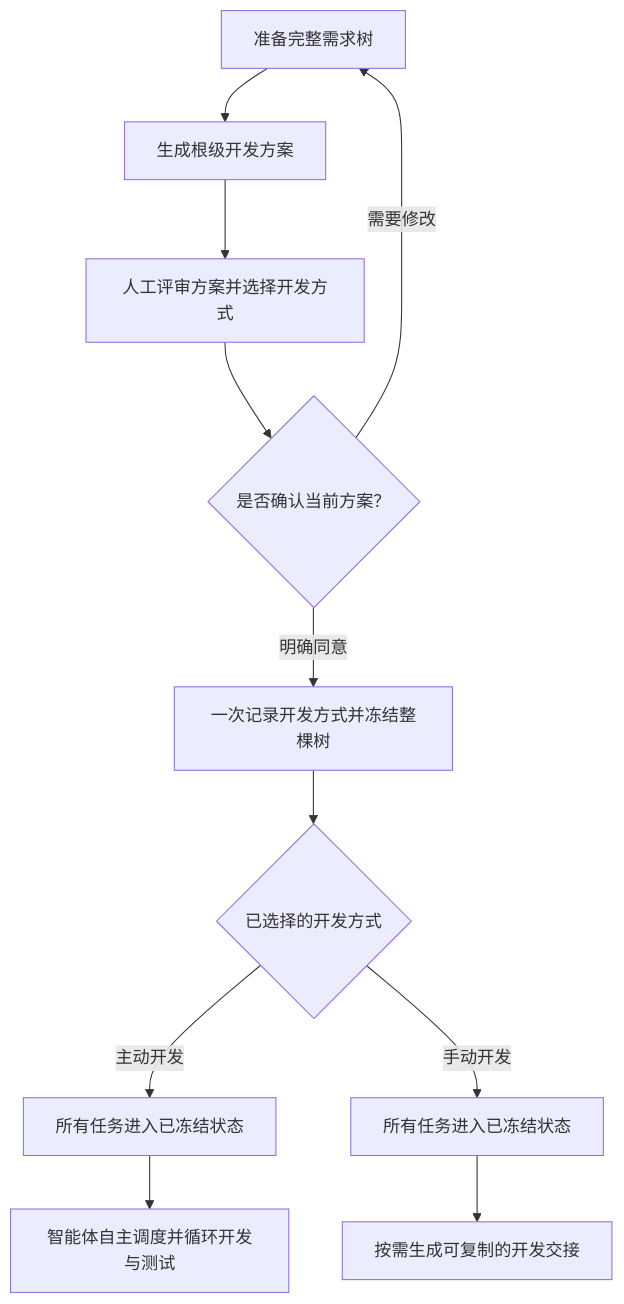
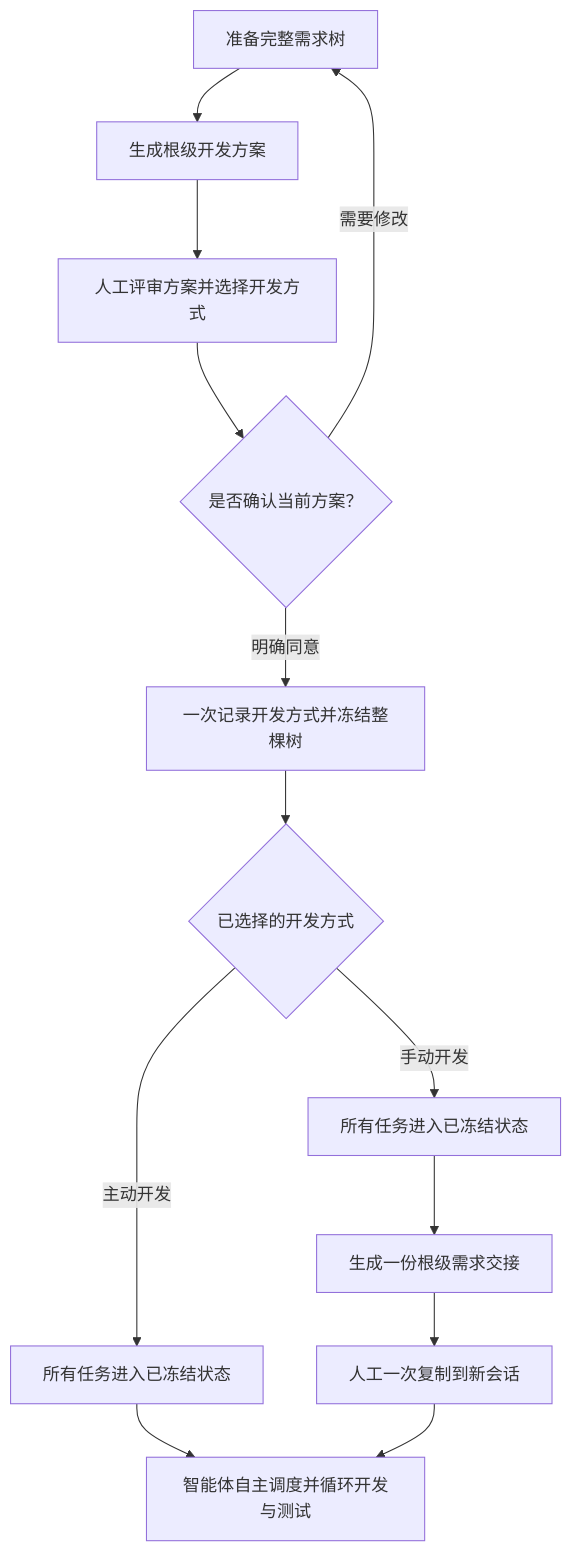
One commit to feng123321li/gated-ai-dev-loop changed the second of 4 diagrams in skills/hierarchical-delivery-governance/references/workflow.md. Above: the diagram before and after it, drawn with Mermaid. The commit also changed other lines of this file and 13 other files, not shown here.

````diff
--- a/skills/hierarchical-delivery-governance/references/workflow.md
+++ b/skills/hierarchical-delivery-governance/references/workflow.md
@@ -58,13 +59,15 @@
 ```mermaid
 flowchart TD
     A["准备完整需求树"] --> B["生成根级开发方案"]
     B --> C["人工评审方案并选择开发方式"]
     C --> D{"是否确认当前方案？"}
     D -->|"需要修改"| A
     D -->|"明确同意"| E["一次记录开发方式并冻结整棵树"]
     E --> F{"已选择的开发方式"}
     F -->|"主动开发"| G["所有任务进入已冻结状态"]
     G --> H["智能体自主调度并循环开发与测试"]
     F -->|"手动开发"| I["所有任务进入已冻结状态"]
-    I --> J["按需生成可复制的开发交接"]
+    I --> J["生成一份根级需求交接"]
+    J --> K["人工一次复制到新会话"]
+    K --> H
 ```
````
